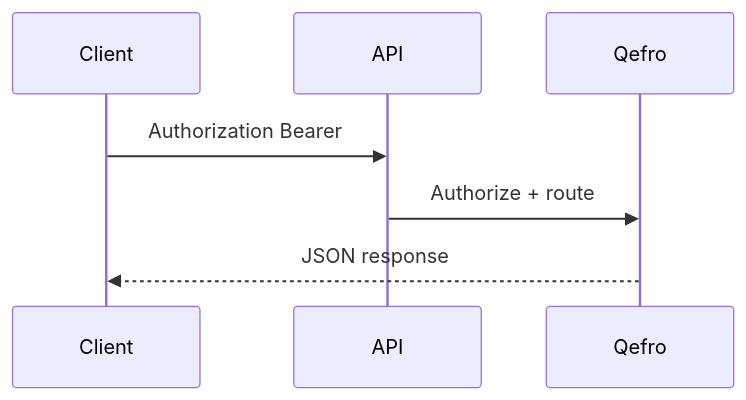
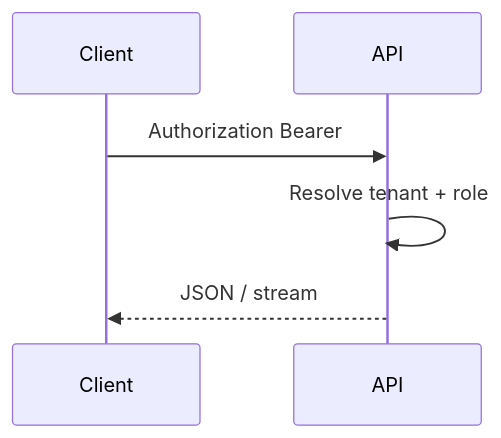
Before and after one commit to qefro-ai/qefro-documentation: the diagram in docs/api/authentication.mdx, drawn with Mermaid. The commit also changed other lines of this file and 46 other files, not shown here.

````diff
--- a/docs/api/authentication.mdx
+++ b/docs/api/authentication.mdx
@@ -37,9 +45,8 @@
 ```mermaid
 sequenceDiagram
   participant Client
   participant API
-  participant Qefro
   Client->>API: Authorization Bearer
-  API->>Qefro: Authorize + route
-  Qefro-->>Client: JSON response
+  API->>API: Resolve tenant + role
+  API-->>Client: JSON / stream
 ```
````
